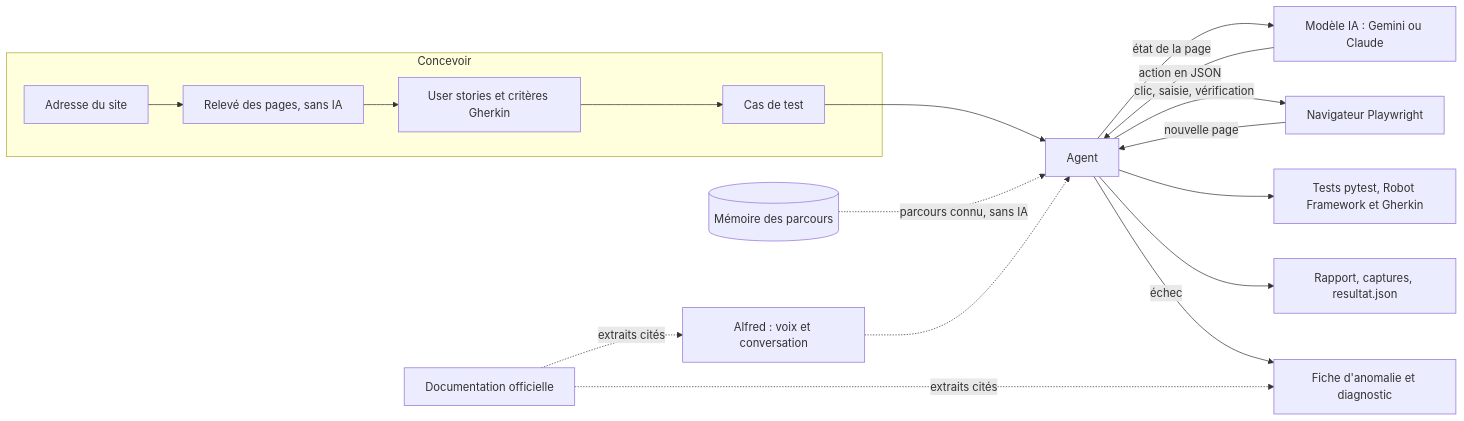
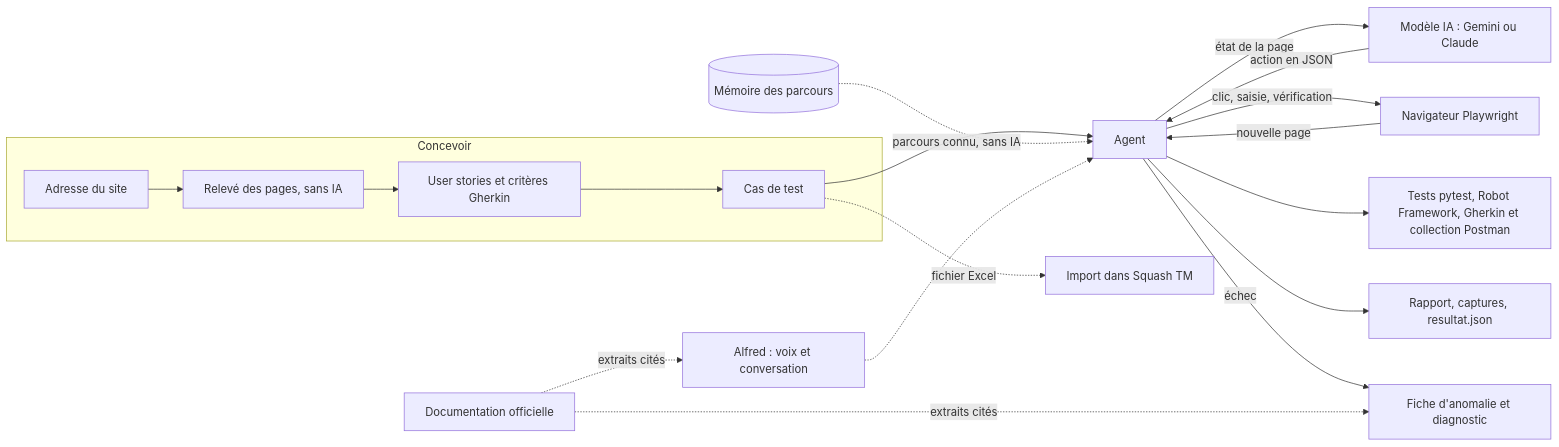
One commit to smail-ops/agent-qa-playwright changed the diagram in README.md. Above: the diagram before and after it, drawn with Mermaid. The commit also changed other lines of this file and 100 other files, not shown here.

````diff
--- a/README.md
+++ b/README.md
@@ -24,20 +24,21 @@
 ```mermaid
 flowchart LR
     subgraph Concevoir
         URL[Adresse du site] --> AN[Relevé des pages, sans IA]
         AN --> US[User stories et critères Gherkin]
         US --> CT[Cas de test]
     end
     CT --> A[Agent]
+    CT -. fichier Excel .-> SQ[Import dans Squash TM]
     MEM[(Mémoire des parcours)] -. parcours connu, sans IA .-> A
     A -- état de la page --> M[Modèle IA : Gemini ou Claude]
     M -- action en JSON --> A
     A -- clic, saisie, vérification --> N[Navigateur Playwright]
     N -- nouvelle page --> A
-    A --> S[Tests pytest, Robot Framework et Gherkin]
+    A --> S[Tests pytest, Robot Framework, Gherkin et collection Postman]
     A --> R[Rapport, captures, resultat.json]
     A -- échec --> F[Fiche d'anomalie et diagnostic]
     AL[Alfred : voix et conversation] -.-> A
     DOC[Documentation officielle] -. extraits cités .-> F
     DOC -. extraits cités .-> AL
 ```
````
